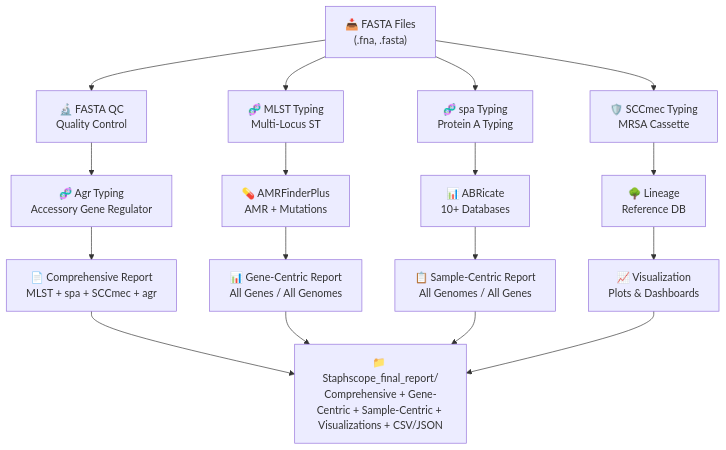
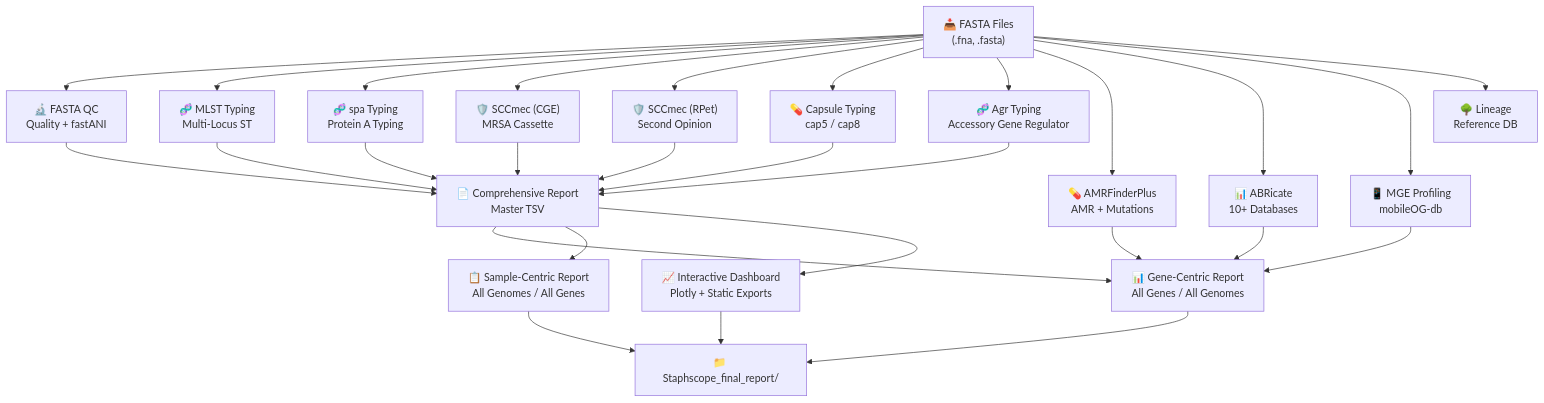
Before and after one commit to bbeckley-hub/staphscope-typing-tool: the diagram in README.md, drawn with Mermaid. The commit also changed other lines of this file, not shown here.

````diff
--- a/README.md
+++ b/README.md
@@ -314,38 +341,46 @@
 ```mermaid
 flowchart TB
     FASTA["📥 FASTA Files<br>(.fna, .fasta)"]
 
-    QC["🔬 FASTA QC<br>Quality Control"]
+    QC["🔬 FASTA QC<br>Quality + fastANI"]
     MLST["🧬 MLST Typing<br>Multi-Locus ST"]
     SPA["🧬 spa Typing<br>Protein A Typing"]
-    SCCMEC["🛡️ SCCmec Typing<br>MRSA Cassette"]
-
+    SCCMEC_CGE["🛡️ SCCmec (CGE)<br>MRSA Cassette"]
+    SCCMEC_RPET["🛡️ SCCmec (RPet)<br>Second Opinion"]
+    CAPSULE["💊 Capsule Typing<br>cap5 / cap8"]
     AGR["🧬 Agr Typing<br>Accessory Gene Regulator"]
     AMR["💊 AMRFinderPlus<br>AMR + Mutations"]
     ABR["📊 ABRicate<br>10+ Databases"]
+    MGE["📱 MGE Profiling<br>mobileOG-db"]
     LINEAGE["🌳 Lineage<br>Reference DB"]
 
-    COMP["📄 Comprehensive Report<br>MLST + spa + SCCmec + agr"]
+    COMP["📄 Comprehensive Report<br>Master TSV"]
     GENE["📊 Gene-Centric Report<br>All Genes / All Genomes"]
     SAMPLE["📋 Sample-Centric Report<br>All Genomes / All Genes"]
-    VIZ["📈 Visualization<br>Plots & Dashboards"]
+    VIZ["📈 Interactive Dashboard<br>Plotly + Static Exports"]
 
-    FINAL["📁 Staphscope_final_report/<br>Comprehensive + Gene-Centric + Sample-Centric + Visualizations + CSV/JSON"]
+    FINAL["📁 Staphscope_final_report/"]
 
-    FASTA --> QC & MLST & SPA & SCCMEC
+    FASTA --> QC & MLST & SPA & SCCMEC_CGE
+    FASTA --> SCCMEC_RPET & CAPSULE & AGR
+    FASTA --> AMR & ABR & MGE & LINEAGE
 
-    QC --> AGR
-    MLST --> AMR
-    SPA --> ABR
-    SCCMEC --> LINEAGE
+    QC --> COMP
+    MLST --> COMP
+    SPA --> COMP
+    SCCMEC_CGE --> COMP
+    SCCMEC_RPET --> COMP
+    CAPSULE --> COMP
+    AGR --> COMP
 
-    AGR --> COMP
+    COMP --> GENE
+    COMP --> SAMPLE
+    COMP --> VIZ
     AMR --> GENE
-    ABR --> SAMPLE
-    LINEAGE --> VIZ
+    ABR --> GENE
+    MGE --> GENE
 
-    COMP --> FINAL
     GENE --> FINAL
     SAMPLE --> FINAL
     VIZ --> FINAL
 ```
````
